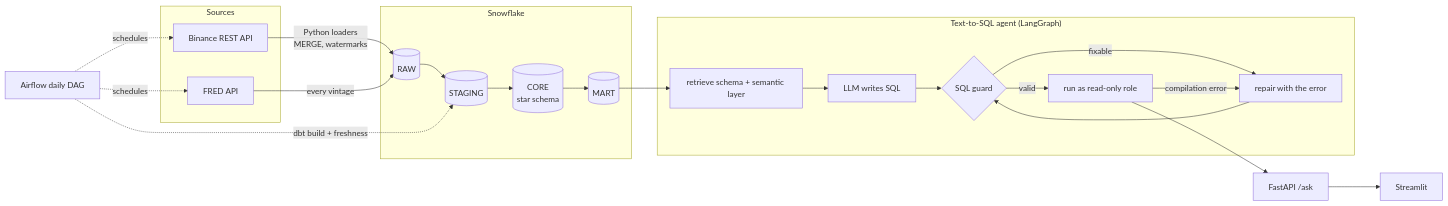
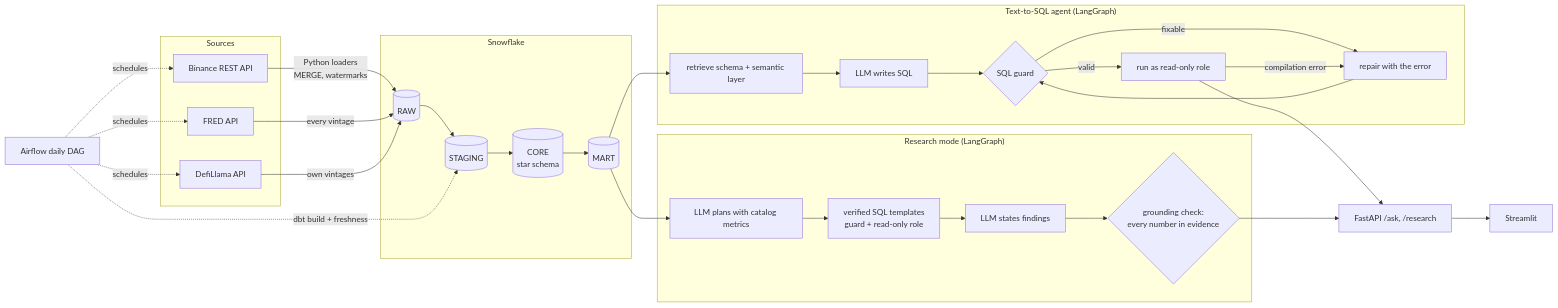
Before and after one commit to dt-thanh/TEXT-TO_SQL: the diagram in README.md, drawn with Mermaid. The commit also changed other lines of this file and 4 other files, not shown here.

````diff
--- a/README.md
+++ b/README.md
@@ -41,22 +56,30 @@
 ```mermaid
 flowchart LR
     subgraph Sources
         B[Binance REST API]
         F[FRED API]
+        D[DefiLlama API]
     end
     subgraph Snowflake
         RAW[(RAW)] --> STG[(STAGING)] --> CORE[(CORE<br/>star schema)] --> MART[(MART)]
     end
     B -- "Python loaders<br/>MERGE, watermarks" --> RAW
     F -- "every vintage" --> RAW
-    AF[Airflow daily DAG] -. schedules .-> B & F
+    D -- "own vintages" --> RAW
+    AF[Airflow daily DAG] -. schedules .-> B & F & D
     AF -. "dbt build + freshness" .-> STG
     MART --> AG
     subgraph Agent["Text-to-SQL agent (LangGraph)"]
         AG[retrieve schema + semantic layer] --> GEN[LLM writes SQL] --> G{SQL guard}
         G -- valid --> EX[run as read-only role]
         G -- fixable --> REP[repair with the error]
         EX -- compilation error --> REP --> G
     end
-    EX --> API[FastAPI /ask] --> UI[Streamlit]
+    MART --> PL
+    subgraph Research["Research mode (LangGraph)"]
+        PL[LLM plans with catalog metrics] --> TPL[verified SQL templates<br/>guard + read-only role]
+        TPL --> WR[LLM states findings] --> GR{grounding check:<br/>every number in evidence}
+    end
+    EX --> API[FastAPI /ask, /research] --> UI[Streamlit]
+    GR --> API
 ```
````
